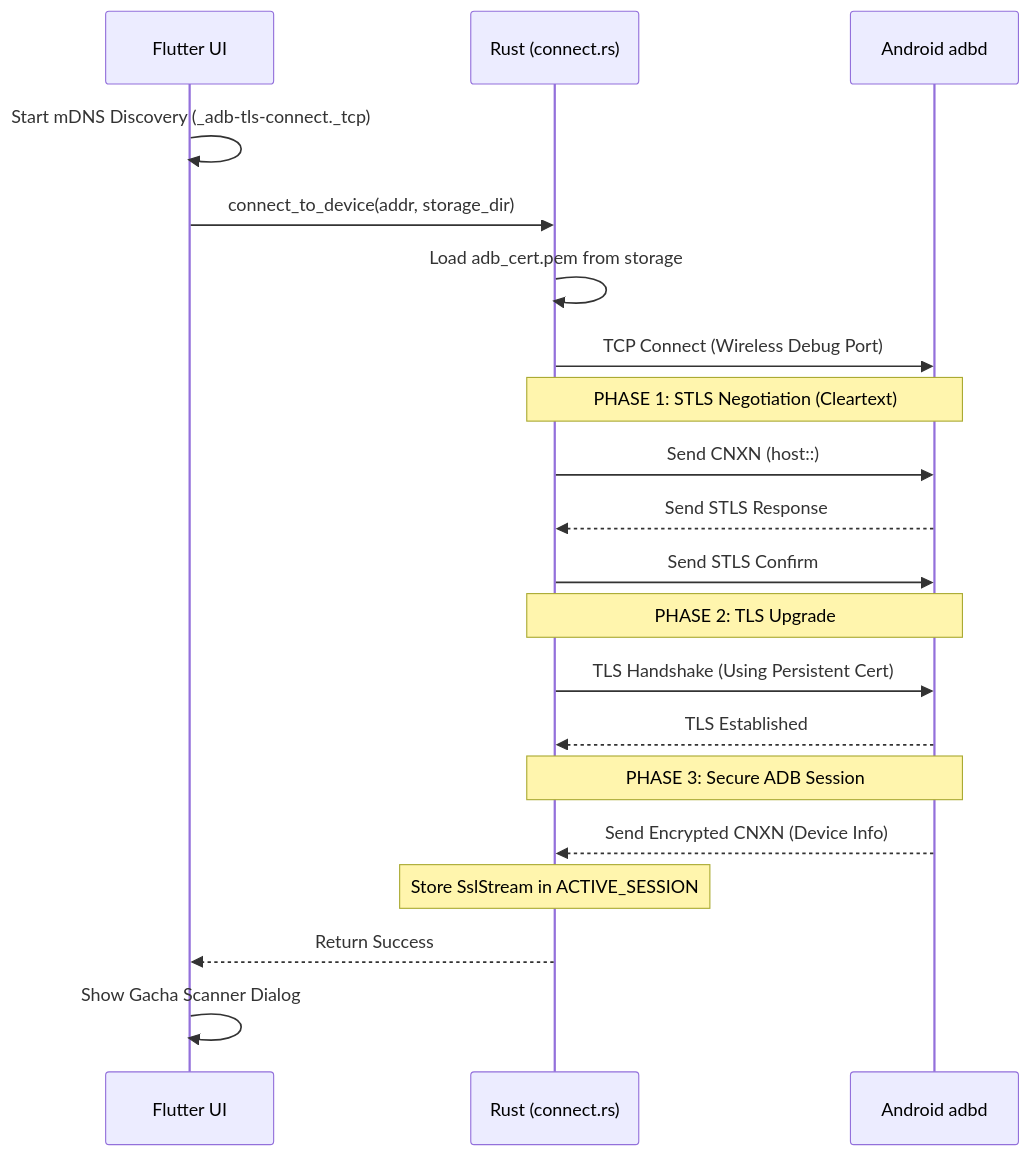
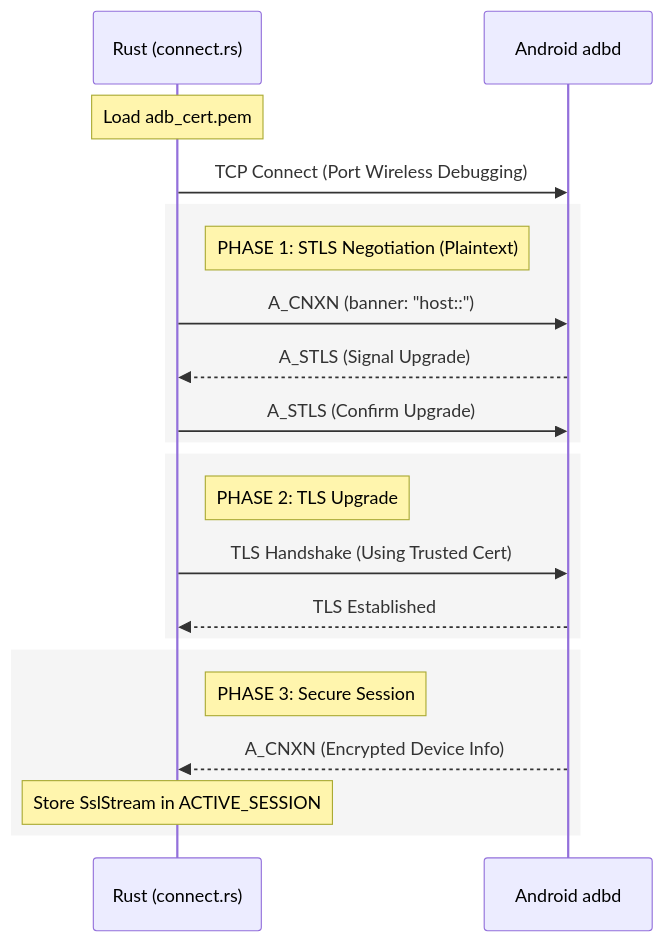
The second of 2 diagrams in Flow.md (eLgorythm/Stellar), drawn with Mermaid before and after one commit. The commit also changed other lines of this file, not shown here.

````diff
--- a/Flow.md
+++ b/Flow.md
@@ -46,28 +64,27 @@
 ```mermaid
 sequenceDiagram
-    participant F as Flutter UI
     participant R as Rust (connect.rs)
     participant A as Android adbd
 
-    F->>F: Start mDNS Discovery (_adb-tls-connect._tcp)
-    F->>R: connect_to_device(addr, storage_dir)
+    Note over R: Load adb_cert.pem
+    R->>A: TCP Connect (Port Wireless Debugging)
     
-    R->>R: Load adb_cert.pem from storage
-    R->>A: TCP Connect (Wireless Debug Port)
+    rect rgb(245, 245, 245)
+        Note right of R: PHASE 1: STLS Negotiation (Plaintext)
+        R->>A: A_CNXN (banner: "host::")
+        A-->>R: A_STLS (Signal Upgrade)
+        R->>A: A_STLS (Confirm Upgrade)
+    end
     
-    Note over R,A: PHASE 1: STLS Negotiation (Cleartext)
-    R->>A: Send CNXN (host::)
-    A-->>R: Send STLS Response
-    R->>A: Send STLS Confirm
-    
-    Note over R,A: PHASE 2: TLS Upgrade
-    R->>A: TLS Handshake (Using Persistent Cert)
-    A-->>R: TLS Established
-    
-    Note over R,A: PHASE 3: Secure ADB Session
-    A-->>R: Send Encrypted CNXN (Device Info)
-    
-    Note over R: Store SslStream in ACTIVE_SESSION
-    R-->>F: Return Success
-    F->>F: Show Gacha Scanner Dialog
+    rect rgb(245, 245, 245)
+        Note right of R: PHASE 2: TLS Upgrade
+        R->>A: TLS Handshake (Using Trusted Cert)
+        A-->>R: TLS Established
+    end
+
+    rect rgb(245, 245, 245)
+        Note right of R: PHASE 3: Secure Session
+        A-->>R: A_CNXN (Encrypted Device Info)
+        Note over R: Store SslStream in ACTIVE_SESSION
+    end
 ```
````
